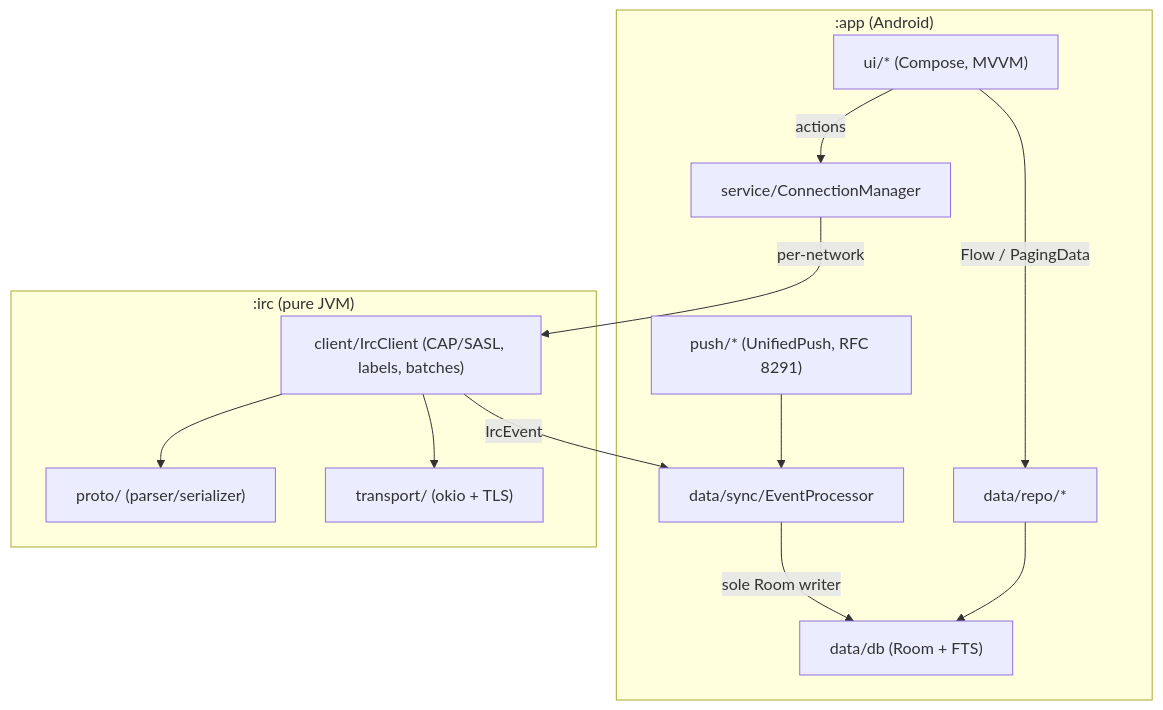
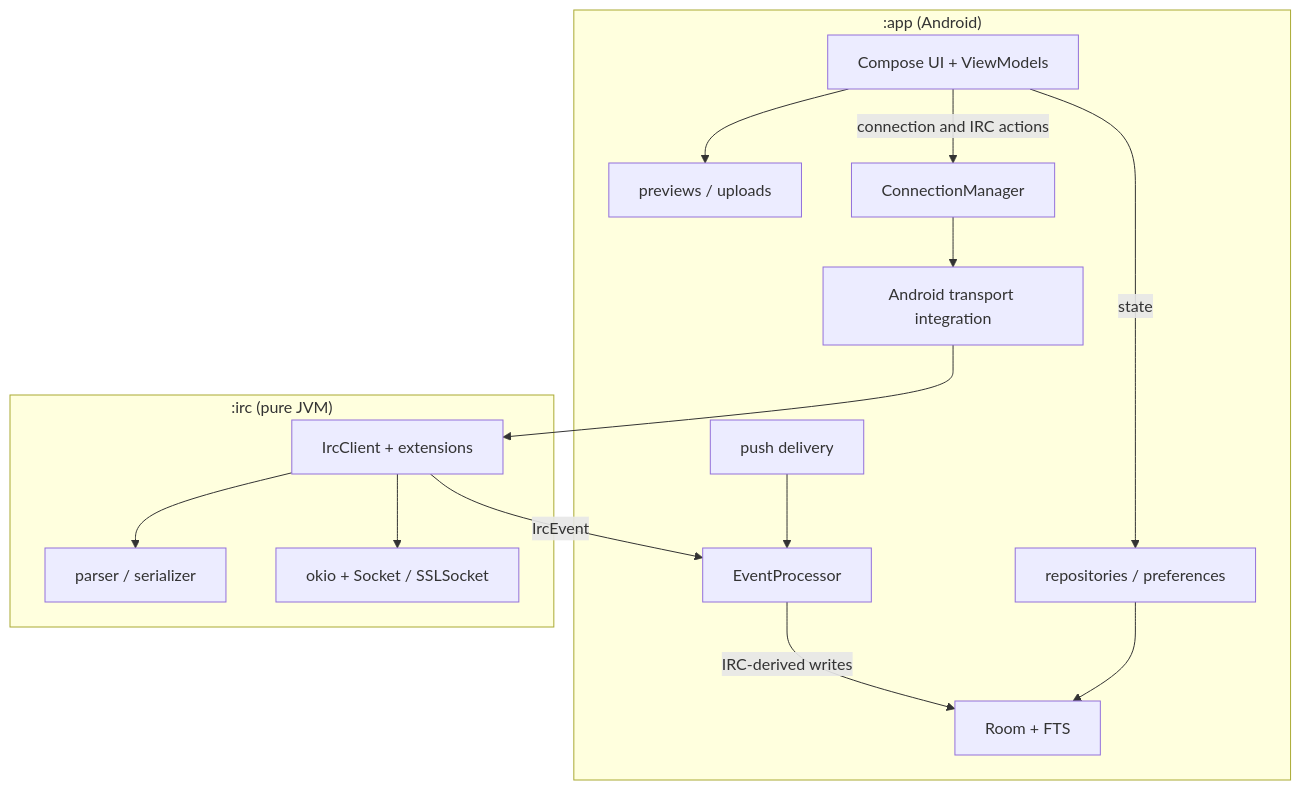
One commit to trevarj/motd changed the diagram in ARCHITECTURE.md. Above: the diagram before and after it, drawn with Mermaid. The commit also changed other lines of this file and 31 other files, not shown here.

````diff
--- a/ARCHITECTURE.md
+++ b/ARCHITECTURE.md
@@ -6,26 +6,30 @@
 ```mermaid
 flowchart TD
     subgraph app[":app (Android)"]
-        ui["ui/* (Compose, MVVM)"]
-        repo["data/repo/*"]
-        db["data/db (Room + FTS)"]
-        proc["data/sync/EventProcessor"]
-        push["push/* (UnifiedPush, RFC 8291)"]
-        cm["service/ConnectionManager"]
+        ui["Compose UI + ViewModels"]
+        repo["repositories / preferences"]
+        db["Room + FTS"]
+        proc["EventProcessor"]
+        push["push delivery"]
+        upload["previews / uploads"]
+        cm["ConnectionManager"]
+        androidTransport["Android transport integration"]
     end
     subgraph irc[":irc (pure JVM)"]
-        client["client/IrcClient (CAP/SASL, labels, batches)"]
-        ircproto["proto/ (parser/serializer)"]
-        transport["transport/ (okio + TLS)"]
+        client["IrcClient + extensions"]
+        proto["parser / serializer"]
+        socket["okio + Socket / SSLSocket"]
     end
 
-    ui -->|actions| cm
-    ui -->|Flow / PagingData| repo
+    ui -->|state| repo
+    ui -->|connection and IRC actions| cm
     repo --> db
-    proc -->|sole Room writer| db
-    cm -->|per-network| client
     client -->|IrcEvent| proc
+    proc -->|IRC-derived writes| db
     push --> proc
-    client --> ircproto
-    client --> transport
+    cm --> androidTransport
+    androidTransport --> client
+    client --> proto
+    client --> socket
+    ui --> upload
 ```
````
